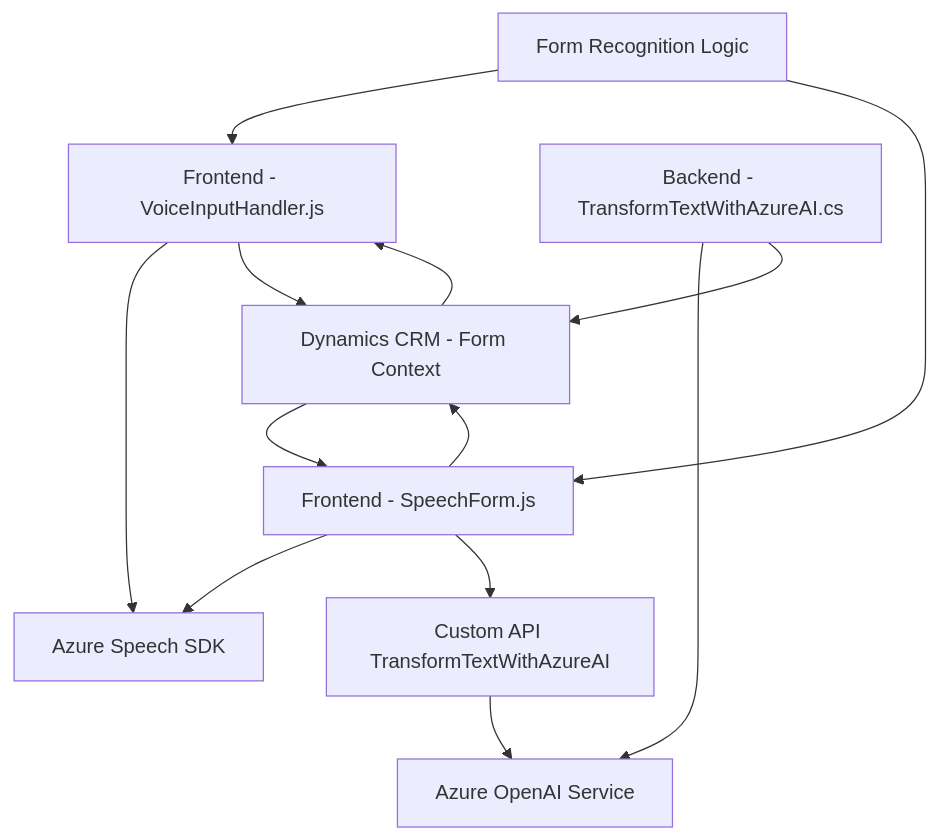
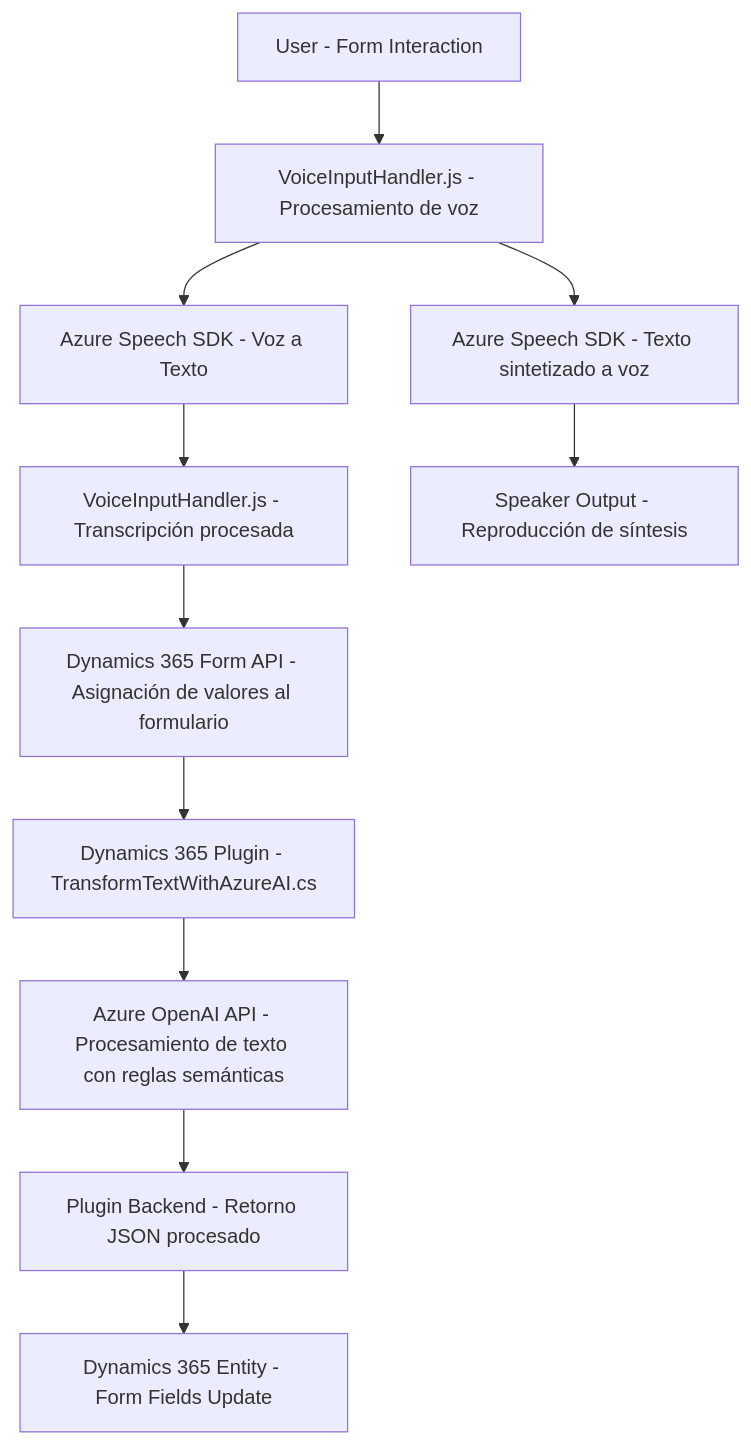
The diagram in README.md (blopezdm/NETCORE_BILBAO2025), drawn with Mermaid before and after one commit. The commit also changed other lines of this file, not shown here.

Commit message:
Actualizar análisis global de la solución con IA

````diff
--- a/README.md
+++ b/README.md
@@ -39,24 +45,15 @@
 ```mermaid
 graph TD
-    A["Frontend - VoiceInputHandler.js"]
-    B["Frontend - SpeechForm.js"]
-    C["Backend - TransformTextWithAzureAI.cs"]
-    D["Azure Speech SDK"]
-    E["Azure OpenAI Service"]
-    F["Dynamics CRM - Form Context"]
-    G["Custom API TransformTextWithAzureAI"]
-    H["Form Recognition Logic"]
+    A["User - Form Interaction"] --> B["VoiceInputHandler.js - Procesamiento de voz"]
+    B --> C["Azure Speech SDK - Voz a Texto"]
+    C --> D["VoiceInputHandler.js - Transcripción procesada"]
+    D --> E["Dynamics 365 Form API - Asignación de valores al formulario"]
 
-    A --> D
-    A --> F
-    B --> D
-    B --> F
-    B --> G
-    C --> E
-    C --> F
-    G --> E
-    F --> B
-    F --> A
-    H --> A
-    H --> B
+    E --> F["Dynamics 365 Plugin - TransformTextWithAzureAI.cs"]
+    F --> G["Azure OpenAI API - Procesamiento de texto con reglas semánticas"]
+    G --> H["Plugin Backend - Retorno JSON procesado"]
+    H --> I["Dynamics 365 Entity - Form Fields Update"]
+
+    B --> J["Azure Speech SDK - Texto sintetizado a voz"]
+    J --> K["Speaker Output - Reproducción de síntesis"]
 ```
````
